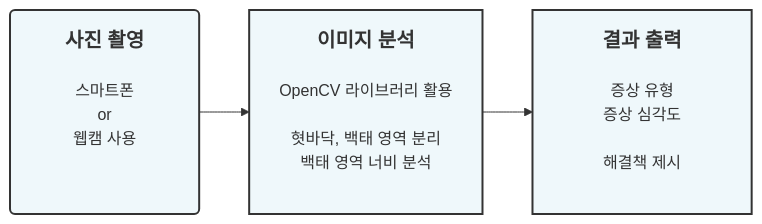
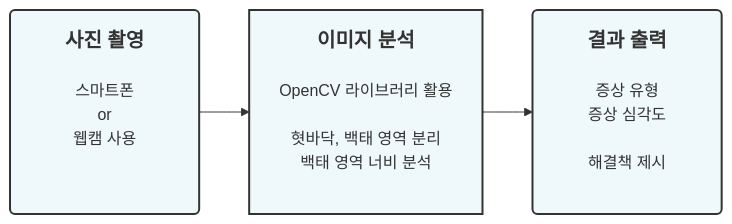
The first of 2 diagrams in Readme.md (201710808/-p), drawn with Mermaid before and after one commit.

````diff
--- a/Readme.md
+++ b/Readme.md
@@ -3,9 +3,9 @@
 ```mermaid
 graph LR
 A(<b><span style='font-size:20px'>  사진 촬영  </span></b><br><br>스마트폰\nor\n웹캠 사용<br><br><br>)-->B[<b><span style='font-size:20px'>이미지 분석</span></b><br><br>OpenCV 라이브러리 활용<br><br>혓바닥, 백태 영역 분리<br>백태 영역 너비 분석<br><br>]
-B-->C[<b><span style='font-size:20px'>  결과 출력  </span></b><br><br>증상 유형<br>증상 심각도<br><br>해결책 제시<br><br>]
+B-->C(<b><span style='font-size:20px'>  결과 출력  </span></b><br><br>증상 유형<br>증상 심각도<br><br>해결책 제시<br><br>)
 
 style A fill:#EFF8FB ,stroke:#333,stroke-width:2px
 style B fill:#EFF8FB ,stroke:#333,stroke-width:2px
 style C fill:#EFF8FB ,stroke:#333,stroke-width:2px
 ```
````
